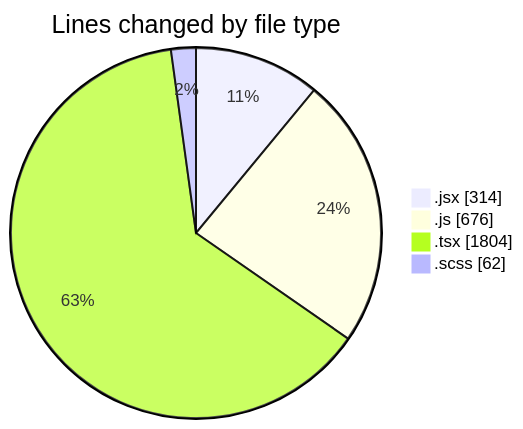
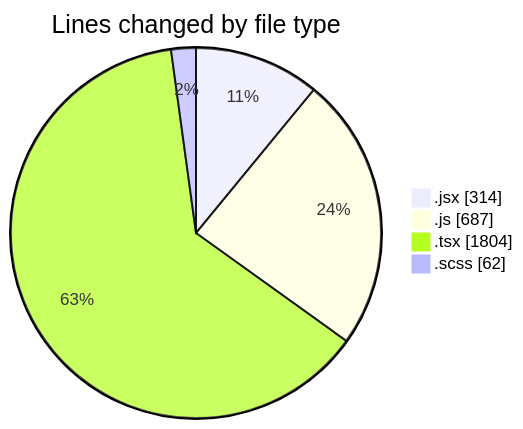
One commit to momahboobian/code-tracking changed the first of 2 diagrams in 2026-02-12/cda/README.md. Above: the diagram before and after it, drawn with Mermaid. The commit also changed other lines of this file and 1 other file, not shown here.

````diff
--- a/2026-02-12/cda/README.md
+++ b/2026-02-12/cda/README.md
@@ -27,8 +27,8 @@
 ```mermaid
 pie showData
 title Lines changed by file type
 ".jsx" : 314
-".js" : 676
+".js" : 687
 ".tsx" : 1804
 ".scss" : 62
 ```
````
